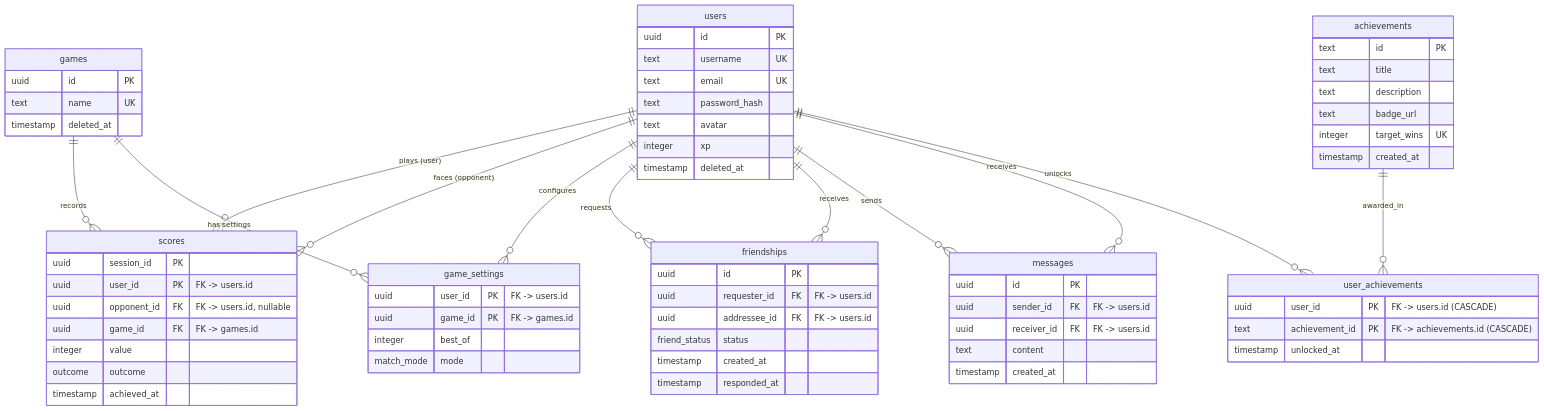
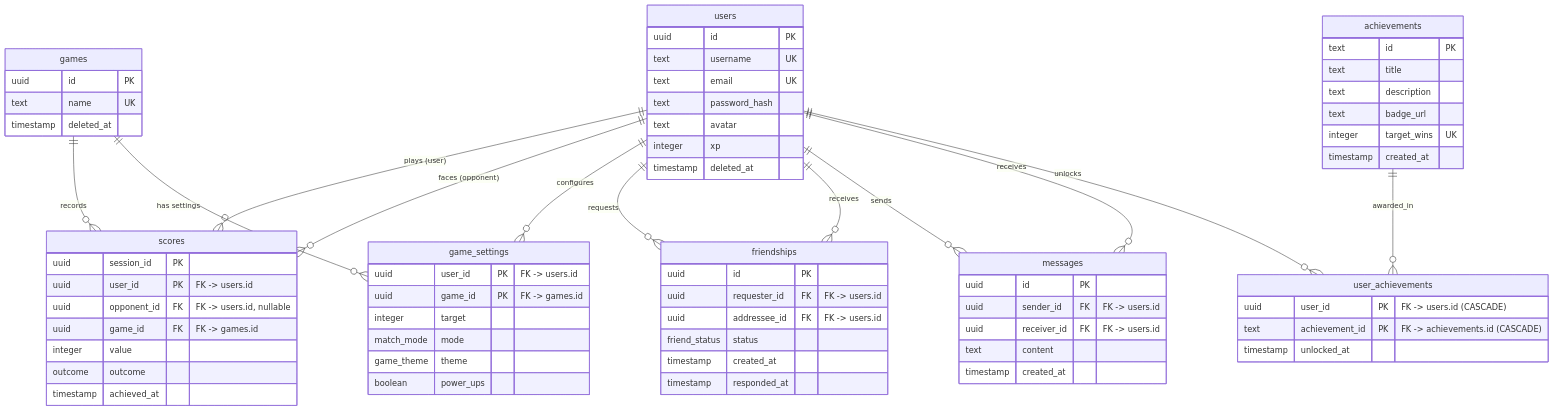
The diagram in backend/docs/data-model.md (nuz8/Transcendence), drawn with Mermaid before and after one commit. The commit also changed other lines of this file and 30 other files, not shown here.

````diff
--- a/backend/docs/data-model.md
+++ b/backend/docs/data-model.md
@@ -7,79 +7,81 @@
 ```mermaid
 erDiagram
     users {
         uuid id PK
         text username UK
         text email UK
         text password_hash
         text avatar
         integer xp
         timestamp deleted_at
     }
 
     games {
         uuid id PK
         text name UK
         timestamp deleted_at
     }
 
     game_settings {
         uuid user_id PK "FK -> users.id"
         uuid game_id PK "FK -> games.id"
-        integer best_of
+        integer target
         match_mode mode
+        game_theme theme
+        boolean power_ups
     }
 
     scores {
         uuid session_id PK
         uuid user_id PK "FK -> users.id"
         uuid opponent_id FK "FK -> users.id, nullable"
         uuid game_id FK "FK -> games.id"
         integer value
         outcome outcome
         timestamp achieved_at
     }
 
     friendships {
         uuid id PK
         uuid requester_id FK "FK -> users.id"
         uuid addressee_id FK "FK -> users.id"
         friend_status status
         timestamp created_at
         timestamp responded_at
     }
 
     messages {
         uuid id PK
         uuid sender_id FK "FK -> users.id"
         uuid receiver_id FK "FK -> users.id"
         text content
         timestamp created_at
     }
 
     achievements {
         text id PK
         text title
         text description
         text badge_url
         integer target_wins UK
         timestamp created_at
     }
 
     user_achievements {
         uuid user_id PK "FK -> users.id (CASCADE)"
         text achievement_id PK "FK -> achievements.id (CASCADE)"
         timestamp unlocked_at
     }
 
     users ||--o{ scores : "plays (user)"
     users ||--o{ scores : "faces (opponent)"
     games ||--o{ scores : "records"
     users ||--o{ game_settings : "configures"
     games ||--o{ game_settings : "has settings"
     users ||--o{ friendships : "requests"
     users ||--o{ friendships : "receives"
     users ||--o{ messages : "sends"
     users ||--o{ messages : "receives"
     users ||--o{ user_achievements : "unlocks"
     achievements ||--o{ user_achievements : "awarded_in"
 ```
````
